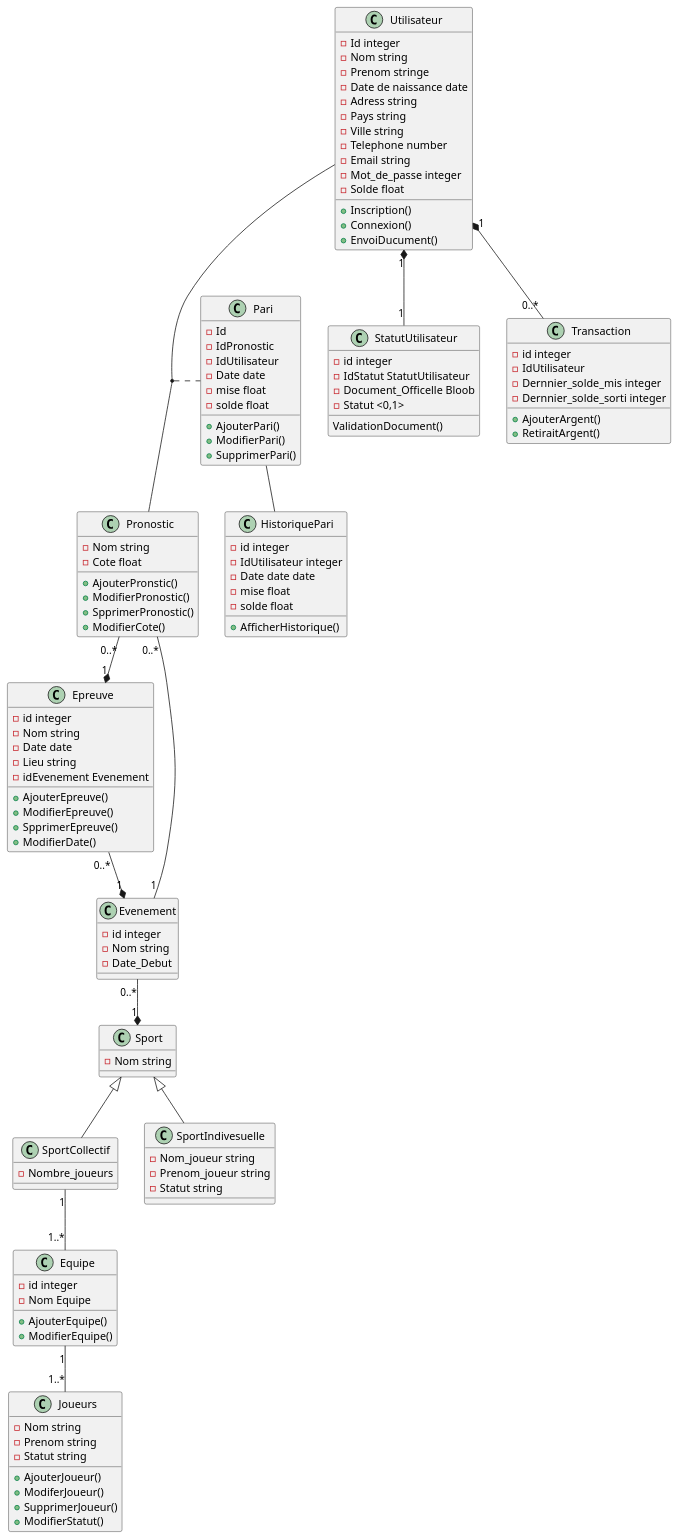
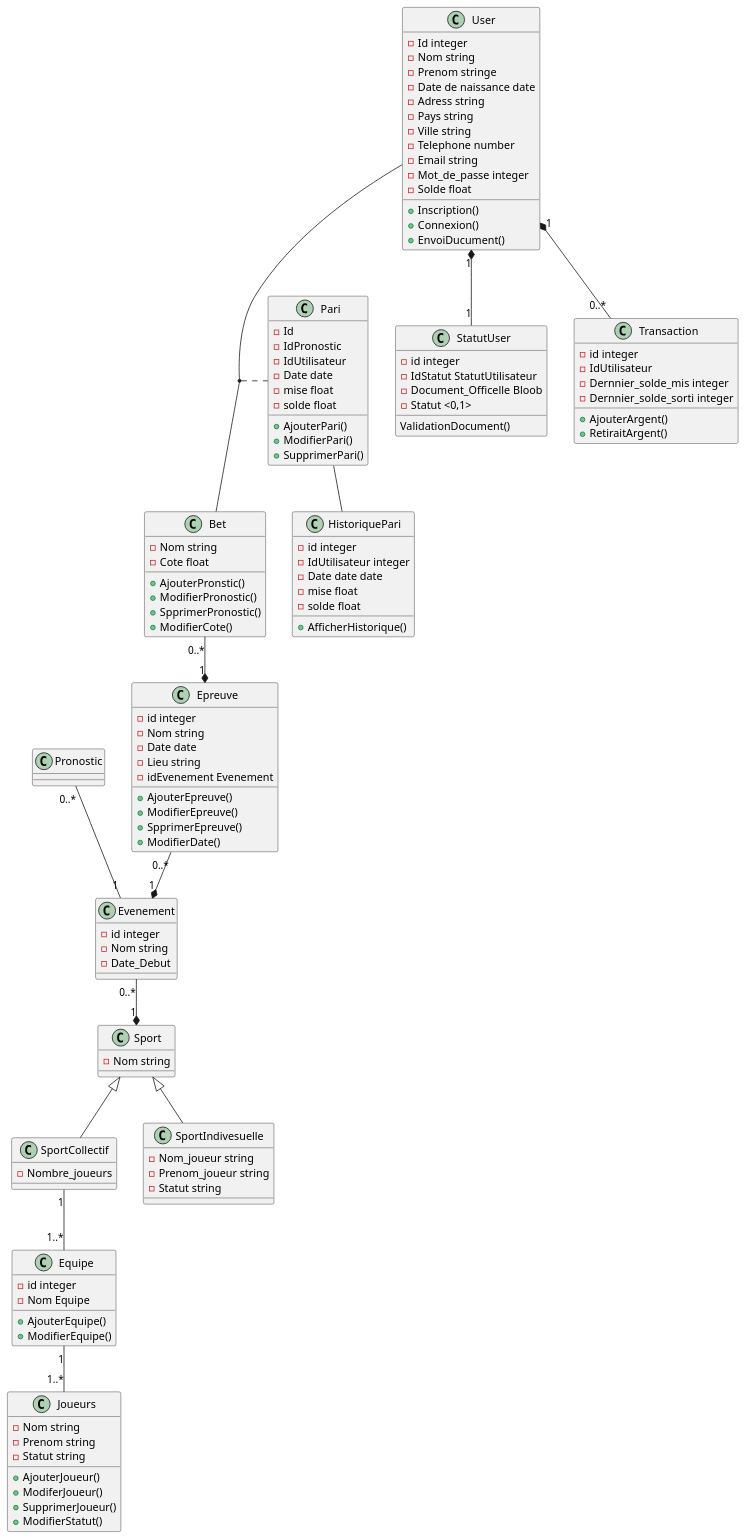
The diagram in Conception/pariSportif.puml (OFP-CDA-Mulhouse-2020/parisportif4), drawn with PlantUML before and after one commit. The commit also changed 4 other files, not shown here.

```diff
--- a/Conception/pariSportif.puml
+++ b/Conception/pariSportif.puml
@@ -1,134 +1,134 @@
 @startuml
 
-class Utilisateur {
+class User {
     - Id integer
     - Nom string
     - Prenom stringe
     - Date de naissance date
     - Adress string
     - Pays string
     - Ville string
     - Telephone number
     - Email string
     - Mot_de_passe integer
     - Solde float
 
     + Inscription()
     + Connexion()
     + EnvoiDucument()
 }
-class StatutUtilisateur {
+class StatutUser {
     - id integer
     - IdStatut StatutUtilisateur
     - Document_Officelle Bloob
     - Statut <0,1>
 
     ValidationDocument()
 }
 
 class Transaction {
     - id integer
     - IdUtilisateur
     - Dernnier_solde_mis integer
     - Dernnier_solde_sorti integer
 
     + AjouterArgent()
     + RetiraitArgent()
 }
 
 class Pari {
     - Id
     - IdPronostic
     - IdUtilisateur
     - Date date
     - mise float
     - solde float
 
     + AjouterPari()
     + ModifierPari()
     + SupprimerPari()
 }
 
 
-class Pronostic {
+class Bet {
     - Nom string
     - Cote float
 
     + AjouterPronstic()
     + ModifierPronostic()
     + SpprimerPronostic()
     + ModifierCote()
 }
 
 class Epreuve {
     - id integer
     - Nom string
     - Date date
     - Lieu string
     - idEvenement Evenement
 
     + AjouterEpreuve()
     + ModifierEpreuve()
     + SpprimerEpreuve()
     + ModifierDate()
 }
 
 class Evenement {
     - id integer
     - Nom string
     - Date_Debut
 }
 
 class Sport {
     - Nom string
 }
 class SportCollectif {
     - Nombre_joueurs
 }
 class Equipe {
     - id integer
     - Nom Equipe
 
     + AjouterEquipe()
     + ModifierEquipe()
 }
 class Joueurs {
     - Nom string
     - Prenom string
     - Statut string
 
     + AjouterJoueur()
     + ModiferJoueur()
     + SupprimerJoueur()
     + ModifierStatut()
 }
 
 class SportIndivesuelle {
     - Nom_joueur string
     - Prenom_joueur string
     - Statut string
 }
 class HistoriquePari {
     - id integer
     - IdUtilisateur integer
     - Date date date
     - mise float
     - solde float
 
     + AfficherHistorique()
 }
 
 
-(Utilisateur, Pronostic) . Pari
-Utilisateur "1" *-- "0..*" Transaction
-Utilisateur "1" *-- "1" StatutUtilisateur
-Pronostic "0..*" --* "1" Epreuve
+(User, Bet) . Pari
+User "1" *-- "0..*" Transaction
+User "1" *-- "1" StatutUser
+Bet "0..*" --* "1" Epreuve
 Epreuve "0..*" --* "1" Evenement
 Evenement "0..*" --* "1" Sport
 Pronostic "0..*" -- "1" Evenement
 Sport <|-- SportIndivesuelle
 Sport <|-- SportCollectif
 SportCollectif "1" -- "1..*" Equipe
 Equipe "1" -- "1..*" Joueurs
 Pari -- HistoriquePari
 @enduml
```
